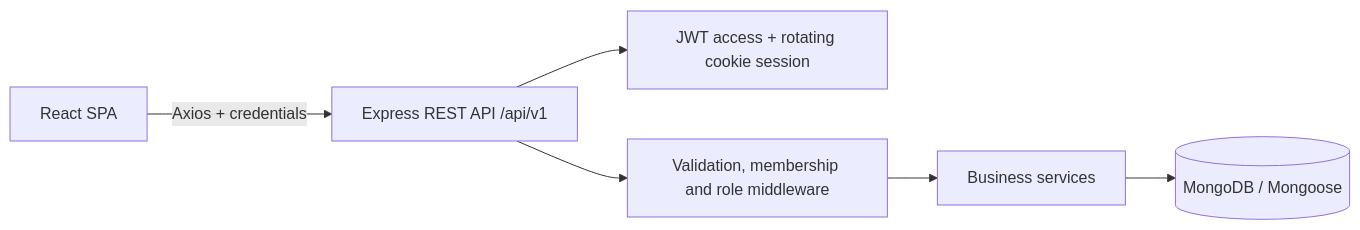
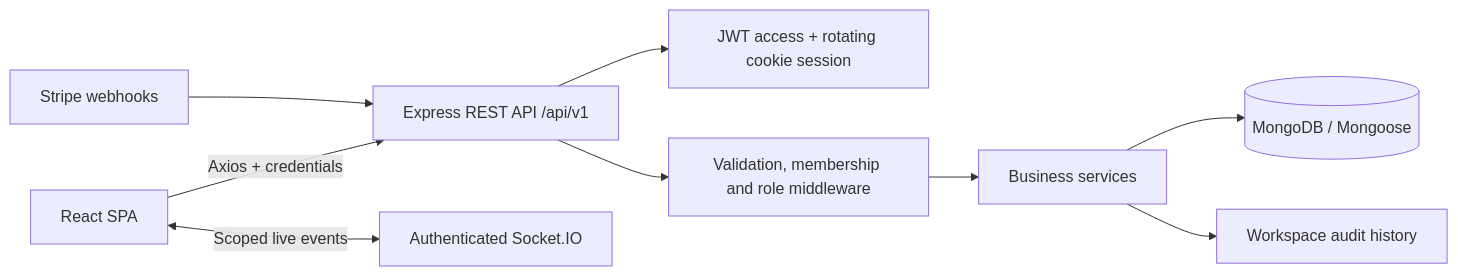
The first of 2 diagrams in README.md (dumkapankaj55/teamflow), drawn with Mermaid before and after one commit. The commit also changed other lines of this file and 80 other files, not shown here.

Commit message:
fix: allow free plan users to access analytics and improve app flows

````diff
--- a/README.md
+++ b/README.md
@@ -56,14 +61,20 @@
 ```mermaid
 flowchart LR
   Browser[React SPA]
   API[Express REST API /api/v1]
   Auth[JWT access + rotating cookie session]
   Middleware[Validation, membership and role middleware]
   Services[Business services]
   Mongo[(MongoDB / Mongoose)]
+  Realtime[Authenticated Socket.IO]
+  Stripe[Stripe webhooks]
+  Audit[Workspace audit history]
   Browser -->|Axios + credentials| API
+  Browser <-->|Scoped live events| Realtime
   API --> Auth
   API --> Middleware
   Middleware --> Services
   Services --> Mongo
+  Services --> Audit
+  Stripe --> API
 ```
````
